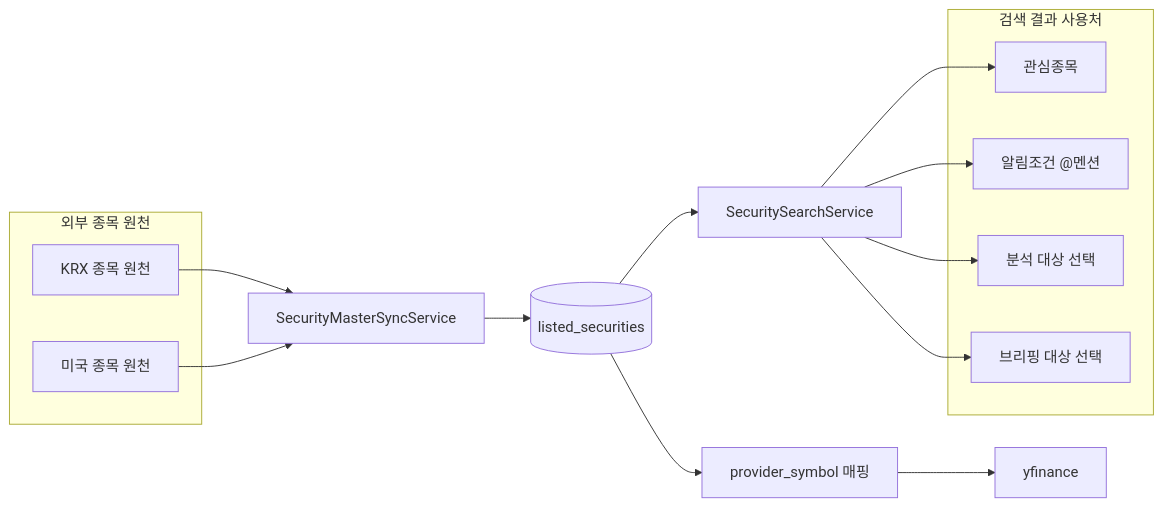
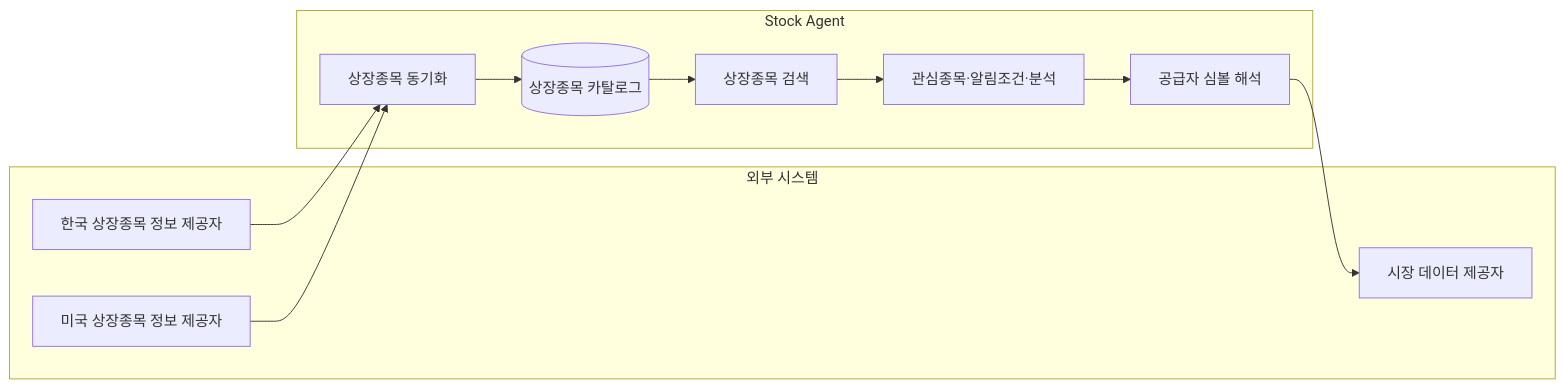
Before and after one commit to PhilPark-geosr/stock-agent: the second of 6 diagrams in design/stock_search_recommendation_design.md, drawn with Mermaid. The commit also changed other lines of this file and 1 other file, not shown here.

Commit message:
docs: revise stock search design after review

````diff
--- a/design/stock_search_recommendation_design.md
+++ b/design/stock_search_recommendation_design.md
@@ -163,32 +165,24 @@
 ```mermaid
 flowchart LR
-    subgraph Sources["외부 종목 원천"]
-        KRX["KRX 종목 원천"]
-        US["미국 종목 원천"]
+    subgraph External["외부 시스템"]
+        KRX["한국 상장종목 정보 제공자"]
+        US["미국 상장종목 정보 제공자"]
+        MarketData["시장 데이터 제공자"]
     end
 
-    Sync["SecurityMasterSyncService"]
-    Master[("listed_securities")]
-    Search["SecuritySearchService"]
-
-    subgraph Features["검색 결과 사용처"]
-        WL["관심종목"]
-        Alert["알림조건 @멘션"]
-        Analysis["분석 대상 선택"]
-        Briefing["브리핑 대상 선택"]
+    subgraph StockAgent["Stock Agent"]
+        Sync["상장종목 동기화"]
+        Catalog[("상장종목 카탈로그")]
+        Search["상장종목 검색"]
+        Features["관심종목·알림조건·분석"]
+        ProviderMap["공급자 심볼 해석"]
     end
-
-    ProviderMap["provider_symbol 매핑"]
-    YF["yfinance"]
 
     KRX --> Sync
     US --> Sync
-    Sync --> Master
-    Master --> Search
-    Search --> WL
-    Search --> Alert
-    Search --> Analysis
-    Search --> Briefing
-    Master --> ProviderMap
-    ProviderMap --> YF
+    Sync --> Catalog
+    Catalog --> Search
+    Search --> Features
+    Features --> ProviderMap
+    ProviderMap --> MarketData
 ```
````
